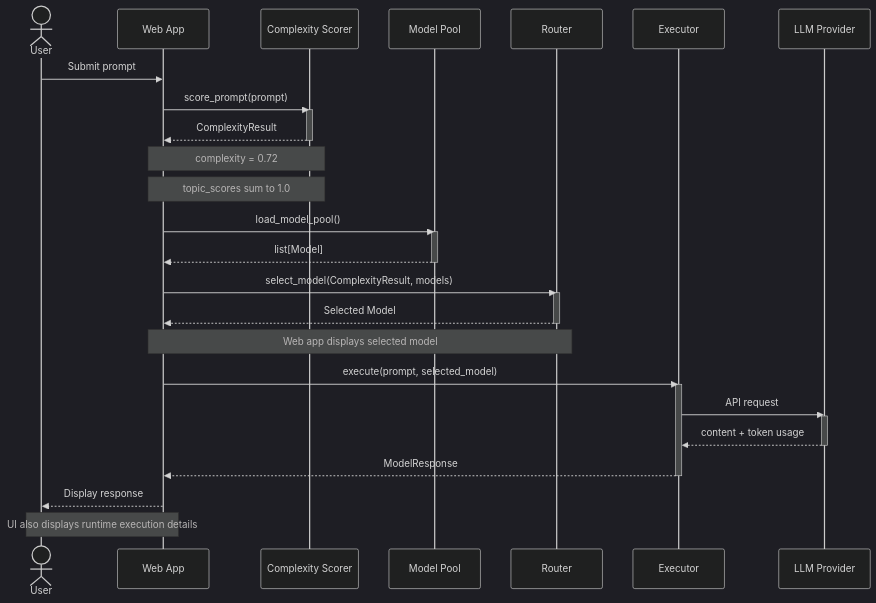
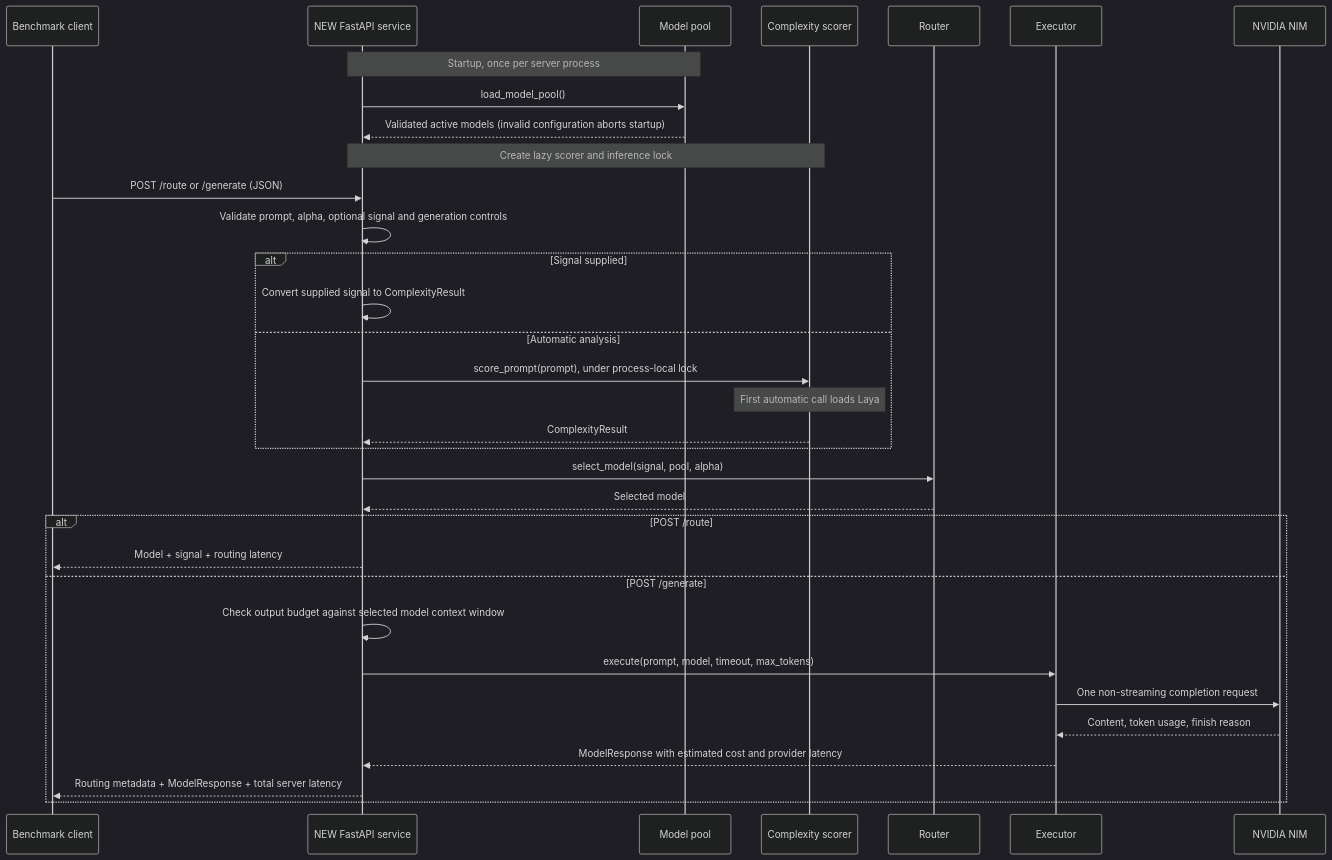
Before and after one commit to emrailklmin/Lonn: the third of 5 diagrams in docs/Prototype_architecture.md, drawn with Mermaid (dark theme). The commit also changed other lines of this file and 14 other files, not shown here.

````diff
--- a/docs/Prototype_architecture.md
+++ b/docs/Prototype_architecture.md
@@ -342,75 +328,35 @@
 ```mermaid
 sequenceDiagram
-
-    actor User
-
-    participant UI as Web App
-    participant CS as Complexity Scorer
-    participant MP as Model Pool
+    participant B as Benchmark client
+    participant API as NEW FastAPI service
+    participant MP as Model pool
+    participant CS as Complexity scorer
     participant R as Router
     participant E as Executor
-    participant LLM as LLM Provider
-
-
-    User->>UI: Submit prompt
-
-    UI->>CS: score_prompt(prompt)
-
-    activate CS
-
-    CS-->>UI: ComplexityResult
-
-    deactivate CS
-
-
-    Note over UI,CS: complexity = 0.72
-
-    Note over UI,CS: topic_scores sum to 1.0
-
-
-    UI->>MP: load_model_pool()
-
-    activate MP
-
-    MP-->>UI: list[Model]
-
-    deactivate MP
-
-
-    UI->>R: select_model(ComplexityResult, models)
-
-    activate R
-
-    R-->>UI: Selected Model
-
-    deactivate R
-
-
-    Note over UI,R: Web app displays selected model
-
-
-    UI->>E: execute(prompt, selected_model)
-
-    activate E
-
-
-    E->>LLM: API request
-
-
-    activate LLM
-
-    LLM-->>E: content + token usage
-
-    deactivate LLM
-
-
-    E-->>UI: ModelResponse
-
-    deactivate E
-
-
-    UI-->>User: Display response
-
-
-    Note over UI,User: UI also displays runtime execution details
+    participant N as NVIDIA NIM
+    Note over API,MP: Startup, once per server process
+    API->>MP: load_model_pool()
+    MP-->>API: Validated active models (invalid configuration aborts startup)
+    Note over API,CS: Create lazy scorer and inference lock
+    B->>API: POST /route or /generate (JSON)
+    API->>API: Validate prompt, alpha, optional signal and generation controls
+    alt Signal supplied
+        API->>API: Convert supplied signal to ComplexityResult
+    else Automatic analysis
+        API->>CS: score_prompt(prompt), under process-local lock
+        Note over CS: First automatic call loads Laya
+        CS-->>API: ComplexityResult
+    end
+    API->>R: select_model(signal, pool, alpha)
+    R-->>API: Selected model
+    alt POST /route
+        API-->>B: Model + signal + routing latency
+    else POST /generate
+        API->>API: Check output budget against selected model context window
+        API->>E: execute(prompt, model, timeout, max_tokens)
+        E->>N: One non-streaming completion request
+        N-->>E: Content, token usage, finish reason
+        E-->>API: ModelResponse with estimated cost and provider latency
+        API-->>B: Routing metadata + ModelResponse + total server latency
+    end
 ```
````
